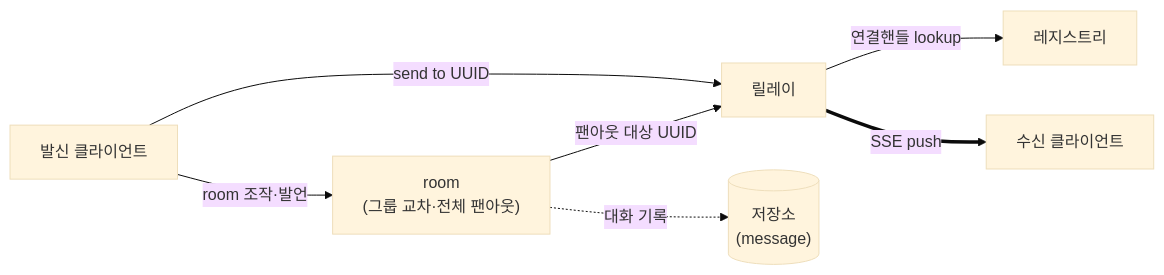
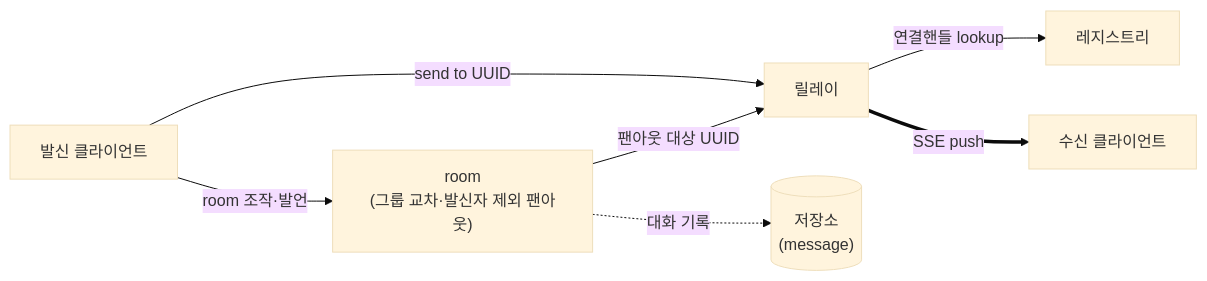
One commit to nice1st/agent-roster changed the third of 3 diagrams in docs/architecture.md. Above: the diagram before and after it, drawn with Mermaid (base theme). The commit also changed other lines of this file and 2 other files, not shown here.

Commit message:
docs: 문서 정합 — 사회자 room·팬아웃·실행 절차 반영

````diff
--- a/docs/architecture.md
+++ b/docs/architecture.md
@@ -54,16 +54,16 @@
 ```mermaid
 flowchart LR
     SENDER["발신 클라이언트"]
-    ROOM["room<br/>(그룹 교차·전체 팬아웃)"]
+    ROOM["room<br/>(그룹 교차·발신자 제외 팬아웃)"]
     RELAY["릴레이"]
     REG["레지스트리"]
     STORE[("저장소<br/>(message)")]
     TARGET["수신 클라이언트"]
 
     SENDER -->|send to UUID| RELAY
     SENDER -->|room 조작·발언| ROOM
     ROOM -->|팬아웃 대상 UUID| RELAY
     ROOM -.->|대화 기록| STORE
     RELAY -->|연결핸들 lookup| REG
     RELAY ==>|SSE push| TARGET
 ```
````
